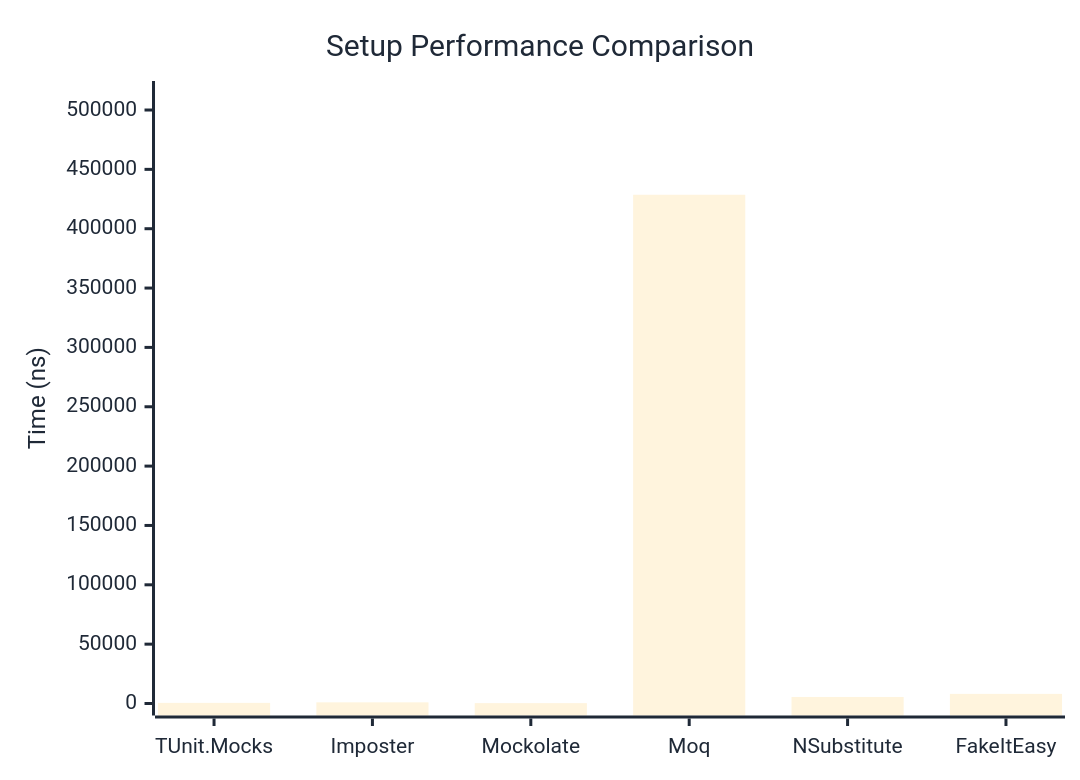
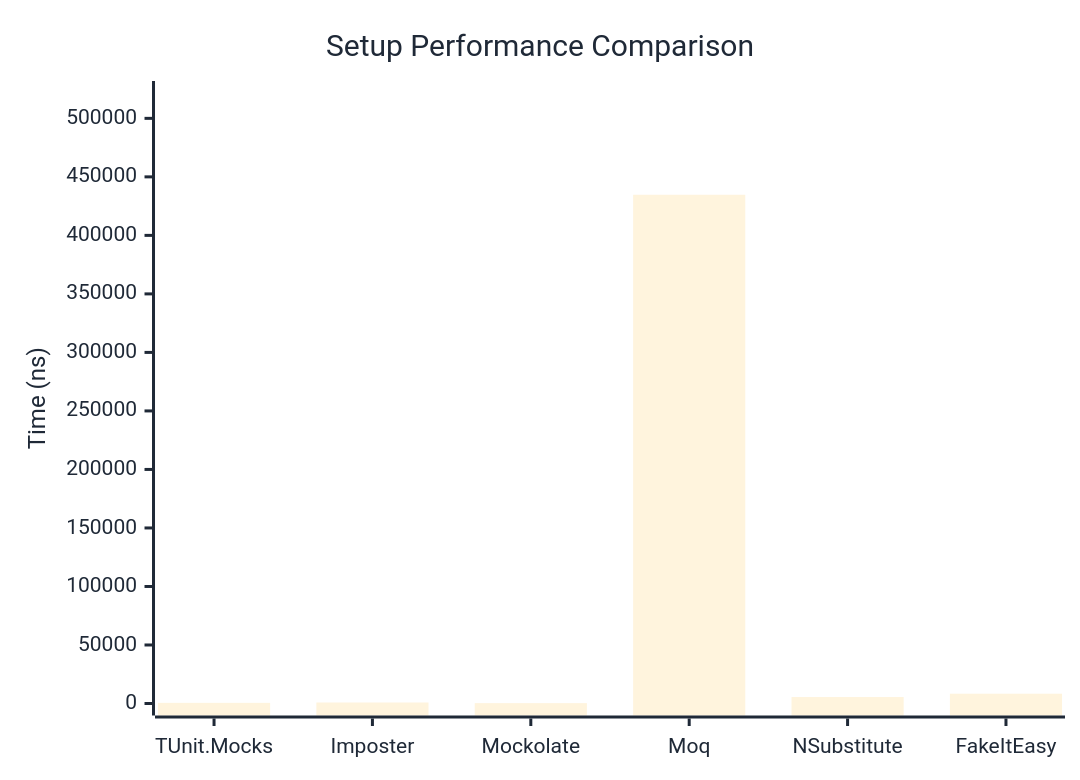
Before and after one commit to thomhurst/TUnit: the first of 2 diagrams in docs/docs/benchmarks/mocks/Setup.md, drawn with Mermaid. The commit also changed other lines of this file and 14 other files, not shown here.

````diff
--- a/docs/docs/benchmarks/mocks/Setup.md
+++ b/docs/docs/benchmarks/mocks/Setup.md
@@ -30,27 +30,27 @@
 ```mermaid
 %%{init: {
   'theme':'base',
   'themeVariables': {
     'primaryColor': '#2563eb',
     'primaryTextColor': '#1f2937',
     'primaryBorderColor': '#1e40af',
     'lineColor': '#6b7280',
     'secondaryColor': '#7c3aed',
     'tertiaryColor': '#dc2626',
     'background': '#ffffff',
     'pie1': '#2563eb',
     'pie2': '#7c3aed',
     'pie3': '#dc2626',
     'pie4': '#f59e0b',
     'pie5': '#10b981',
     'pie6': '#06b6d4',
     'pie7': '#ec4899',
     'pie8': '#6366f1'
   }
 }}%%
 xychart-beta
   title "Setup Performance Comparison"
   x-axis ["TUnit.Mocks", "Imposter", "Mockolate", "Moq", "NSubstitute", "FakeItEasy"]
-  y-axis "Time (ns)" 0 --> 514333
-  bar [530.5, 972.5, 300.1, 428610.6, 5509.1, 8118.5]
+  y-axis "Time (ns)" 0 --> 521663
+  bar [558.8, 860.3, 319.1, 434718.6, 5516.8, 8372.9]
 ```
````
